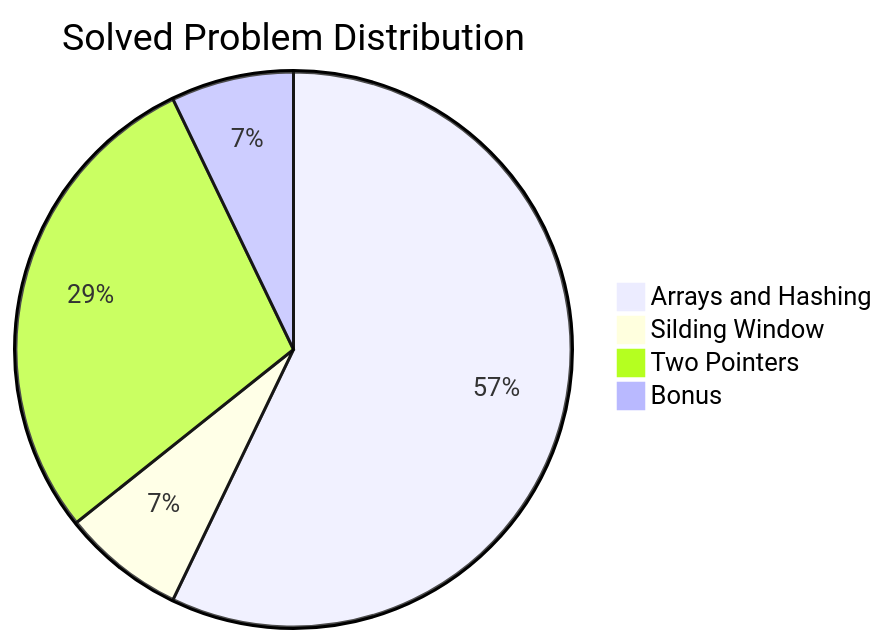
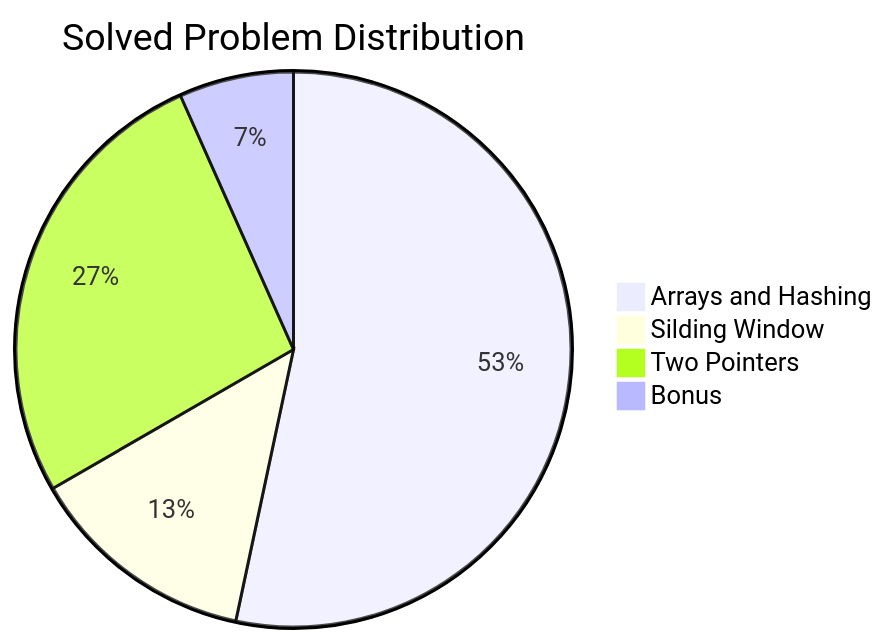
The first of 2 diagrams in README.md (halcyon-past/SDE_PRACTICE_SHEET-MASTERY), drawn with Mermaid before and after one commit. The commit also changed other lines of this file and 1 other file, not shown here.

````diff
--- a/README.md
+++ b/README.md
@@ -17,7 +17,7 @@
 ```mermaid
 pie title Solved Problem Distribution
     "Arrays and Hashing" : 8
-    "Silding Window" : 1
+    "Silding Window" : 2
     "Two Pointers" : 4
     "Bonus" : 1
 ```
````
